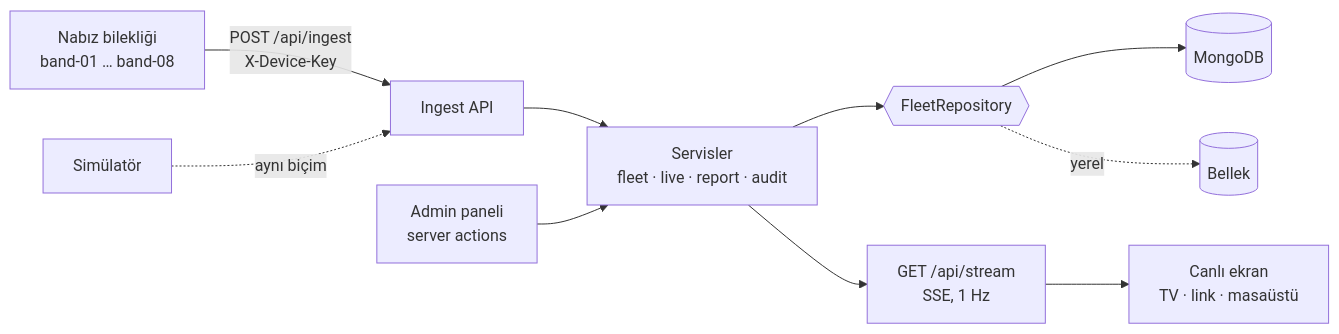
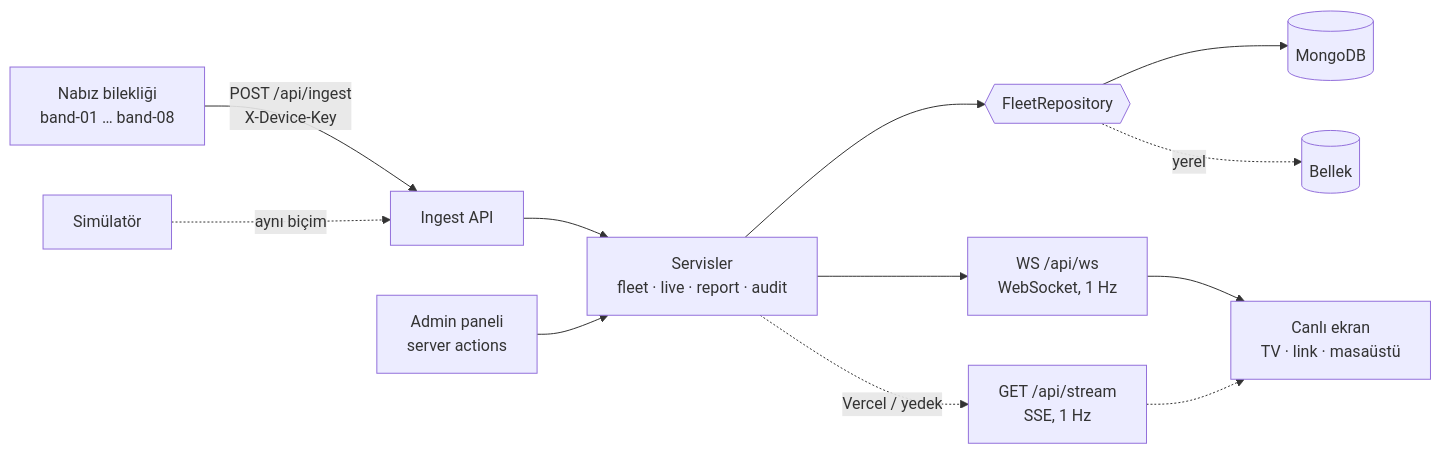
One commit to yigitoo/mercedes-amg changed the diagram in README.md. Above: the diagram before and after it, drawn with Mermaid. The commit also changed other lines of this file and 7 other files, not shown here.

First line of the commit message:
Canlı akış WebSocket'e geçti (/api/ws), SSE yedek olarak kaldı

````diff
--- a/README.md
+++ b/README.md
@@ -117,12 +117,14 @@
 ```mermaid
 flowchart LR
   band["Nabız bilekliği<br/>band-01 … band-08"] -- "POST /api/ingest<br/>X-Device-Key" --> ingest["Ingest API"]
   sim["Simülatör"] -. aynı biçim .-> ingest
   ingest --> svc["Servisler<br/>fleet · live · report · audit"]
   admin["Admin paneli<br/>server actions"] --> svc
   svc --> repo{{"FleetRepository"}}
   repo --> mongo[("MongoDB")]
   repo -. yerel .-> mem[("Bellek")]
-  svc --> stream["GET /api/stream<br/>SSE, 1 Hz"]
-  stream --> tv["Canlı ekran<br/>TV · link · masaüstü"]
+  svc --> ws["WS /api/ws<br/>WebSocket, 1 Hz"]
+  svc -. "Vercel / yedek" .-> stream["GET /api/stream<br/>SSE, 1 Hz"]
+  ws --> tv["Canlı ekran<br/>TV · link · masaüstü"]
+  stream -.-> tv
 ```
````
